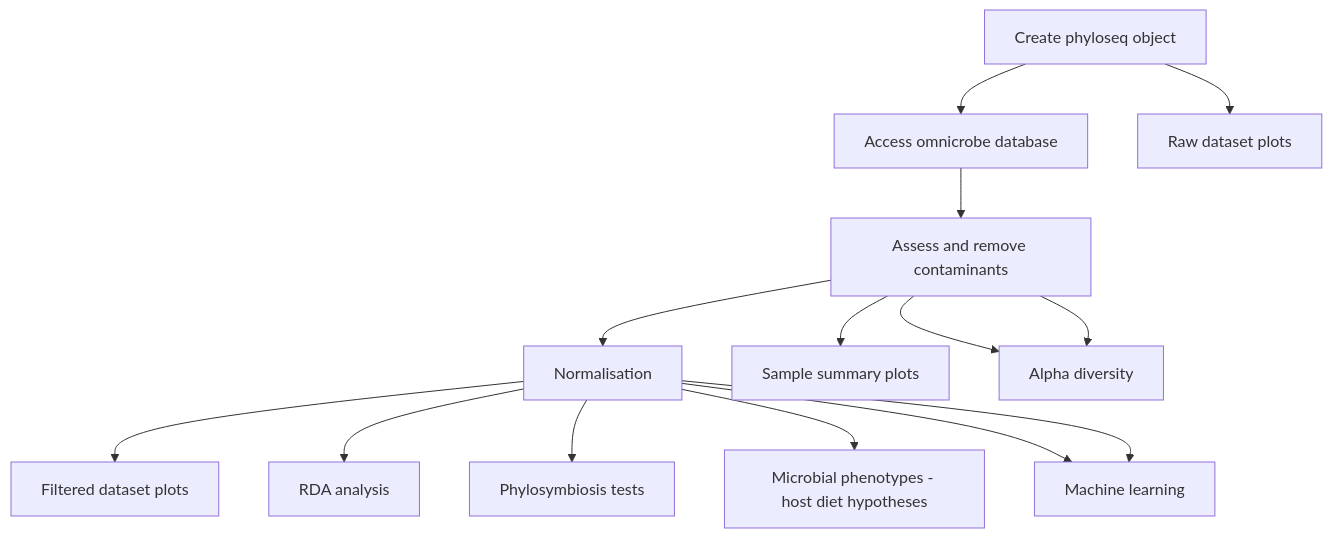
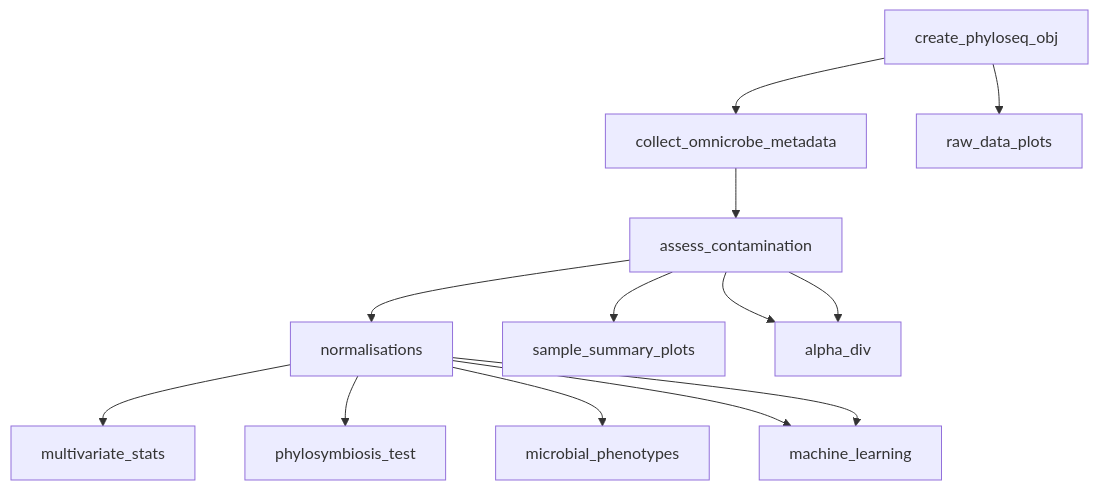
The first of 3 diagrams in README.md (markella-moraitou/mammal_oral_microbiome_stats), drawn with Mermaid before and after one commit. The commit also changed 5 other files, not shown here.

Commit message:
Combined and tidied up multivariate stats scripts

````diff
--- a/README.md
+++ b/README.md
@@ -2,16 +2,15 @@
 ```mermaid
 flowchart TD;
-    A[Create phyloseq object]-->B[Access omnicrobe database];
-    A-->C[Raw dataset plots];
-    B-->D[Assess and remove contaminants];
-    D-->E[Normalisation];
-    D-->F[Sample summary plots];
-    D-->G[Core microbiome];
-    D-->G[Alpha diversity];
-    E-->H[Filtered dataset plots];
-    E-->I[RDA analysis];
-    E-->J[Phylosymbiosis tests];
-    E-->K[Microbial phenotypes - host diet hypotheses];
-    E-->L[Statistical tests];
-    E-->L[Machine learning];
+    A[create_phyloseq_obj]-->B[collect_omnicrobe_metadata];
+    A-->C[raw_data_plots];
+    B-->D[assess_contamination];
+    D-->E[normalisations];
+    D-->F[sample_summary_plots];
+    D-->G[core_microbiomes];
+    D-->G[alpha_div];
+    E-->H[multivariate_stats];
+    E-->J[phylosymbiosis_test];
+    E-->K[microbial_phenotypes];
+    E-->L[models];
+    E-->L[machine_learning];
 ```
````
